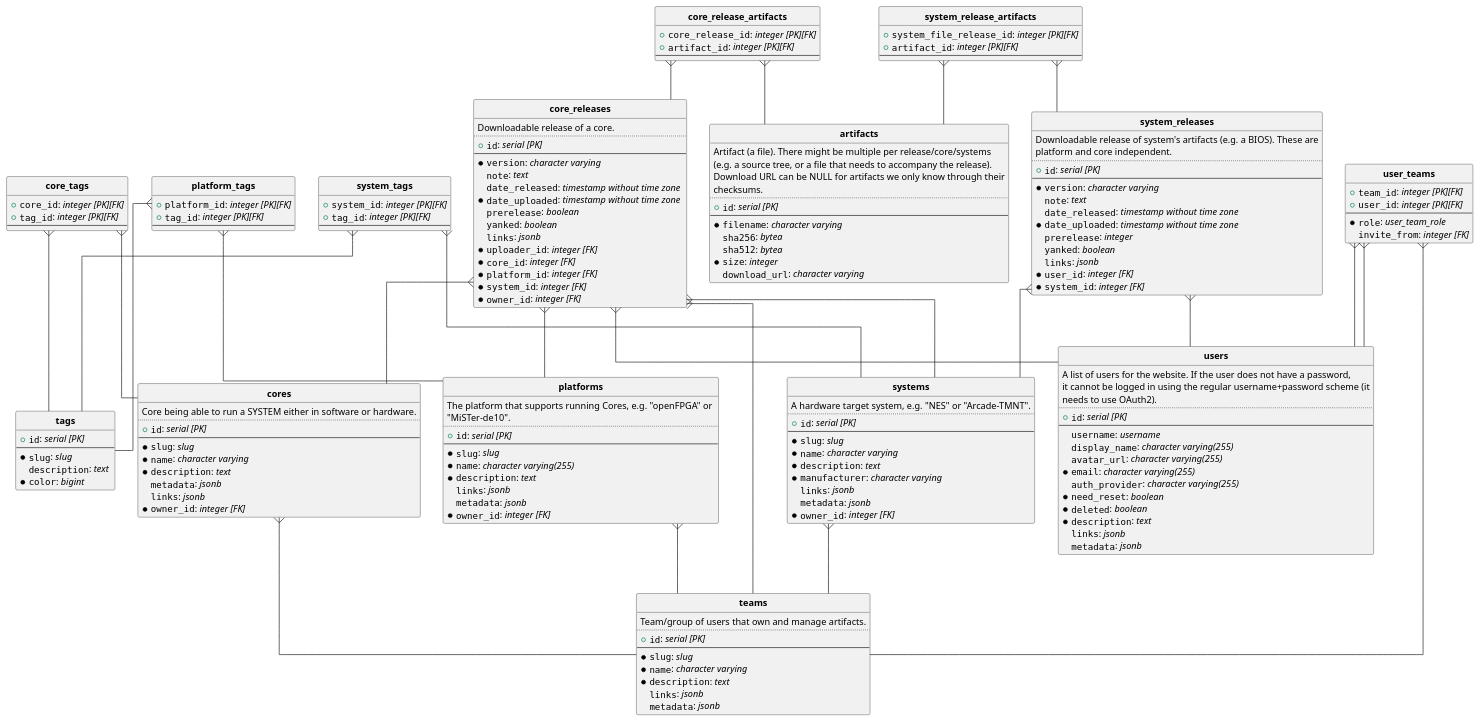
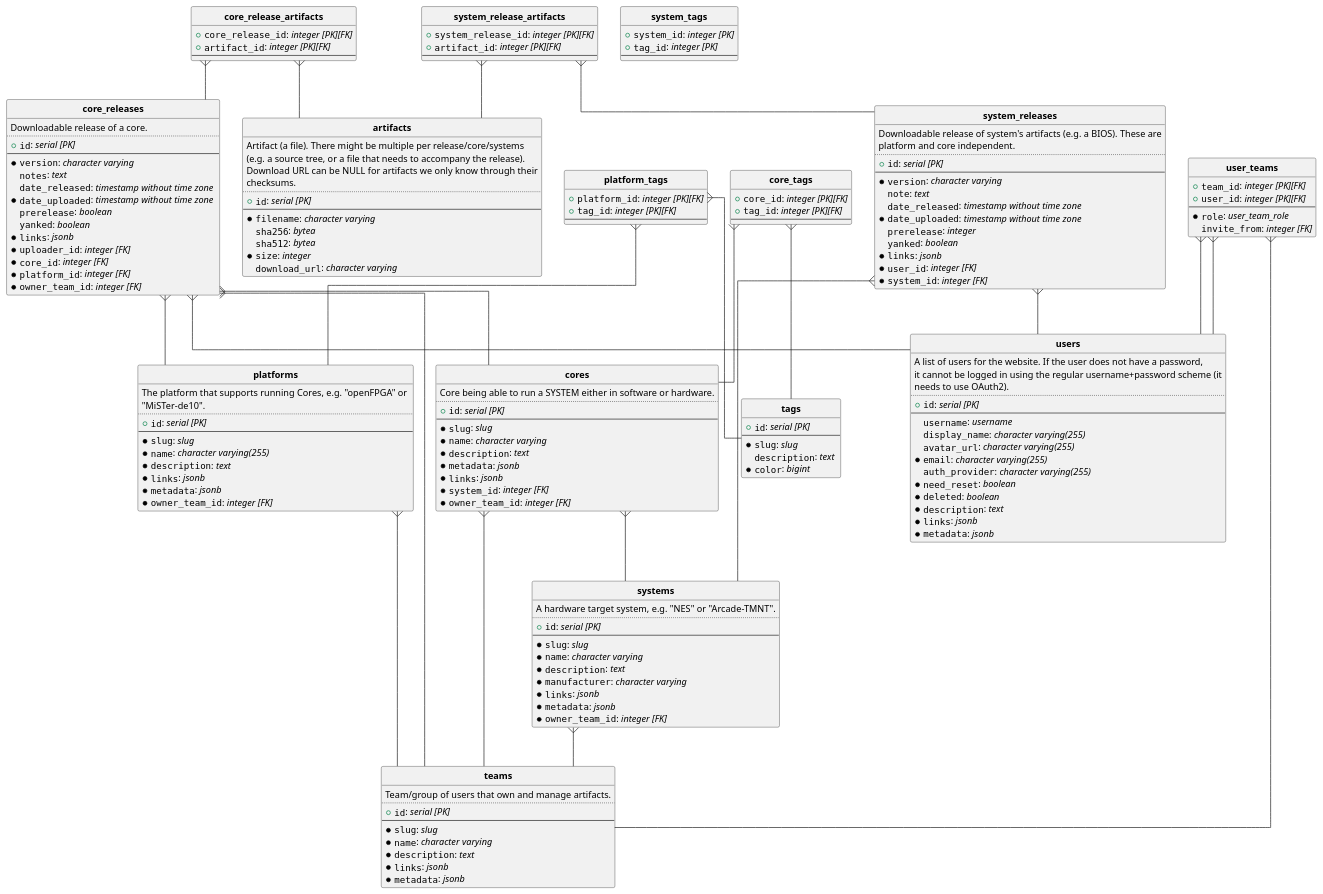
One commit to 1fpga/retronomicon changed the diagram in docs/database.puml. Above: the diagram before and after it, drawn with PlantUML. The commit also changed 37 other files, not shown here.

```diff
--- a/docs/database.puml
+++ b/docs/database.puml
@@ -26,17 +26,16 @@
   + ""id"": //serial [PK]//
   --
   *""version"": //character varying //
-  ""note"": //text //
+  ""notes"": //text //
   ""date_released"": //timestamp without time zone //
   *""date_uploaded"": //timestamp without time zone //
   ""prerelease"": //boolean //
   ""yanked"": //boolean //
-  ""links"": //jsonb //
+  *""links"": //jsonb //
   *""uploader_id"": //integer [FK]//
   *""core_id"": //integer [FK]//
   *""platform_id"": //integer [FK]//
-  *""system_id"": //integer [FK]//
-  *""owner_id"": //integer [FK]//
+  *""owner_team_id"": //integer [FK]//
 }
 
 entity "**core_tags**" {
@@ -53,9 +52,10 @@
   *""slug"": //slug //
   *""name"": //character varying //
   *""description"": //text //
-  ""metadata"": //jsonb //
-  ""links"": //jsonb //
-  *""owner_id"": //integer [FK]//
+  *""metadata"": //jsonb //
+  *""links"": //jsonb //
+  *""system_id"": //integer [FK]//
+  *""owner_team_id"": //integer [FK]//
 }
 
 entity "**platform_tags**" {
@@ -72,13 +72,13 @@
   *""slug"": //slug //
   *""name"": //character varying(255) //
   *""description"": //text //
-  ""links"": //jsonb //
-  ""metadata"": //jsonb //
-  *""owner_id"": //integer [FK]//
+  *""links"": //jsonb //
+  *""metadata"": //jsonb //
+  *""owner_team_id"": //integer [FK]//
 }
 
 entity "**system_release_artifacts**" {
-  + ""system_file_release_id"": //integer [PK][FK]//
+  + ""system_release_id"": //integer [PK][FK]//
   + ""artifact_id"": //integer [PK][FK]//
   --
 }
@@ -94,14 +94,14 @@
   *""date_uploaded"": //timestamp without time zone //
   ""prerelease"": //integer //
   ""yanked"": //boolean //
-  ""links"": //jsonb //
+  *""links"": //jsonb //
   *""user_id"": //integer [FK]//
   *""system_id"": //integer [FK]//
 }
 
 entity "**system_tags**" {
-  + ""system_id"": //integer [PK][FK]//
-  + ""tag_id"": //integer [PK][FK]//
+  + ""system_id"": //integer [PK]//
+  + ""tag_id"": //integer [PK]//
   --
 }
 
@@ -114,9 +114,9 @@
   *""name"": //character varying //
   *""description"": //text //
   *""manufacturer"": //character varying //
-  ""links"": //jsonb //
-  ""metadata"": //jsonb //
-  *""owner_id"": //integer [FK]//
+  *""links"": //jsonb //
+  *""metadata"": //jsonb //
+  *""owner_team_id"": //integer [FK]//
 }
 
 entity "**tags**" {
@@ -135,8 +135,8 @@
   *""slug"": //slug //
   *""name"": //character varying //
   *""description"": //text //
-  ""links"": //jsonb //
-  ""metadata"": //jsonb //
+  *""links"": //jsonb //
+  *""metadata"": //jsonb //
 }
 
 entity "**user_teams**" {
@@ -160,8 +160,8 @@
   *""need_reset"": //boolean //
   *""deleted"": //boolean //
   *""description"": //text //
-  ""links"": //jsonb //
-  ""metadata"": //jsonb //
+  *""links"": //jsonb //
+  *""metadata"": //jsonb //
 }
 
 "**core_release_artifacts**"   }--  "**artifacts**"
@@ -174,8 +174,6 @@
 
 "**core_releases**"   }--  "**platforms**"
 
-"**core_releases**"   }--  "**systems**"
-
 "**core_releases**"   }--  "**users**"
 
 "**core_tags**"   }--  "**cores**"
@@ -183,6 +181,8 @@
 "**core_tags**"   }--  "**tags**"
 
 "**cores**"   }--  "**teams**"
+
+"**cores**"   }--  "**systems**"
 
 "**platform_tags**"   }--  "**platforms**"
 
@@ -198,10 +198,6 @@
 
 "**system_releases**"   }--  "**users**"
 
-"**system_tags**"   }--  "**systems**"
-
-"**system_tags**"   }--  "**tags**"
-
 "**systems**"   }--  "**teams**"
 
 "**user_teams**"   }--  "**users**"
```
